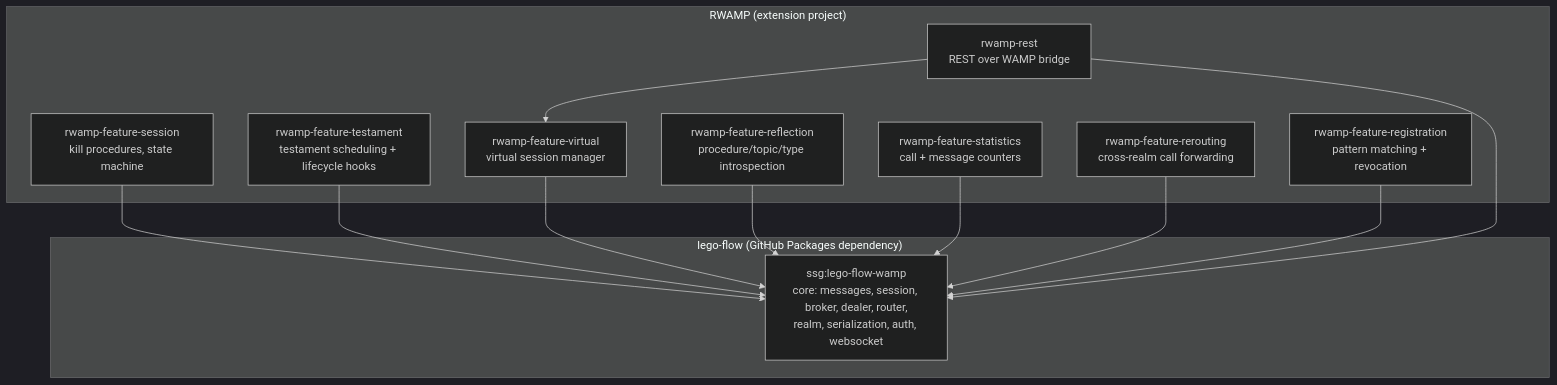
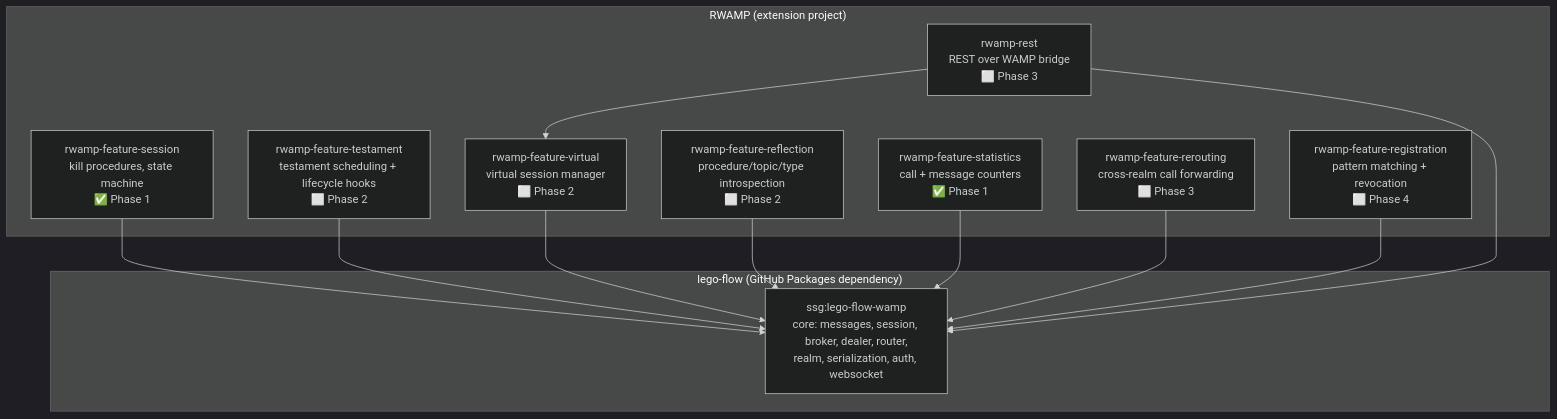
The diagram in doc/plan/PLAN.md (000ssg/RWAMP), drawn with Mermaid (dark theme) before and after one commit. The commit also changed other lines of this file and 25 other files, not shown here.

First line of the commit message:
Phase 1: Foundation — build scaffolding, session kill, statistics

````diff
--- a/doc/plan/PLAN.md
+++ b/doc/plan/PLAN.md
@@ -70,27 +70,27 @@
 ```mermaid
 graph TD
     subgraph "lego-flow (GitHub Packages dependency)"
         LF1["ssg:lego-flow-wamp<br/>core: messages, session, broker, dealer, router,<br/>realm, serialization, auth, websocket"]
     end
 
     subgraph "RWAMP (extension project)"
-        RW1["rwamp-feature-session<br/>kill procedures, state machine"]
-        RW2["rwamp-feature-testament<br/>testament scheduling + lifecycle hooks"]
-        RW3["rwamp-feature-virtual<br/>virtual session manager"]
-        RW4["rwamp-feature-reflection<br/>procedure/topic/type introspection"]
-        RW5["rwamp-feature-statistics<br/>call + message counters"]
-        RW6["rwamp-feature-rerouting<br/>cross-realm call forwarding"]
-        RW7["rwamp-feature-registration<br/>pattern matching + revocation"]
-        RW8["rwamp-rest<br/>REST over WAMP bridge"]
+        RW1["rwamp-feature-session<br/>kill procedures, state machine<br/>✅ Phase 1"]
+        RW2["rwamp-feature-testament<br/>testament scheduling + lifecycle hooks<br/>⬜ Phase 2"]
+        RW3["rwamp-feature-virtual<br/>virtual session manager<br/>⬜ Phase 2"]
+        RW4["rwamp-feature-reflection<br/>procedure/topic/type introspection<br/>⬜ Phase 2"]
+        RW5["rwamp-feature-statistics<br/>call + message counters<br/>✅ Phase 1"]
+        RW6["rwamp-feature-rerouting<br/>cross-realm call forwarding<br/>⬜ Phase 3"]
+        RW7["rwamp-feature-registration<br/>pattern matching + revocation<br/>⬜ Phase 4"]
+        RW8["rwamp-rest<br/>REST over WAMP bridge<br/>⬜ Phase 3"]
     end
 
     RW1 --> LF1
     RW2 --> LF1
     RW3 --> LF1
     RW4 --> LF1
     RW5 --> LF1
     RW6 --> LF1
     RW7 --> LF1
     RW8 --> LF1
     RW8 --> RW3
 ```
````
